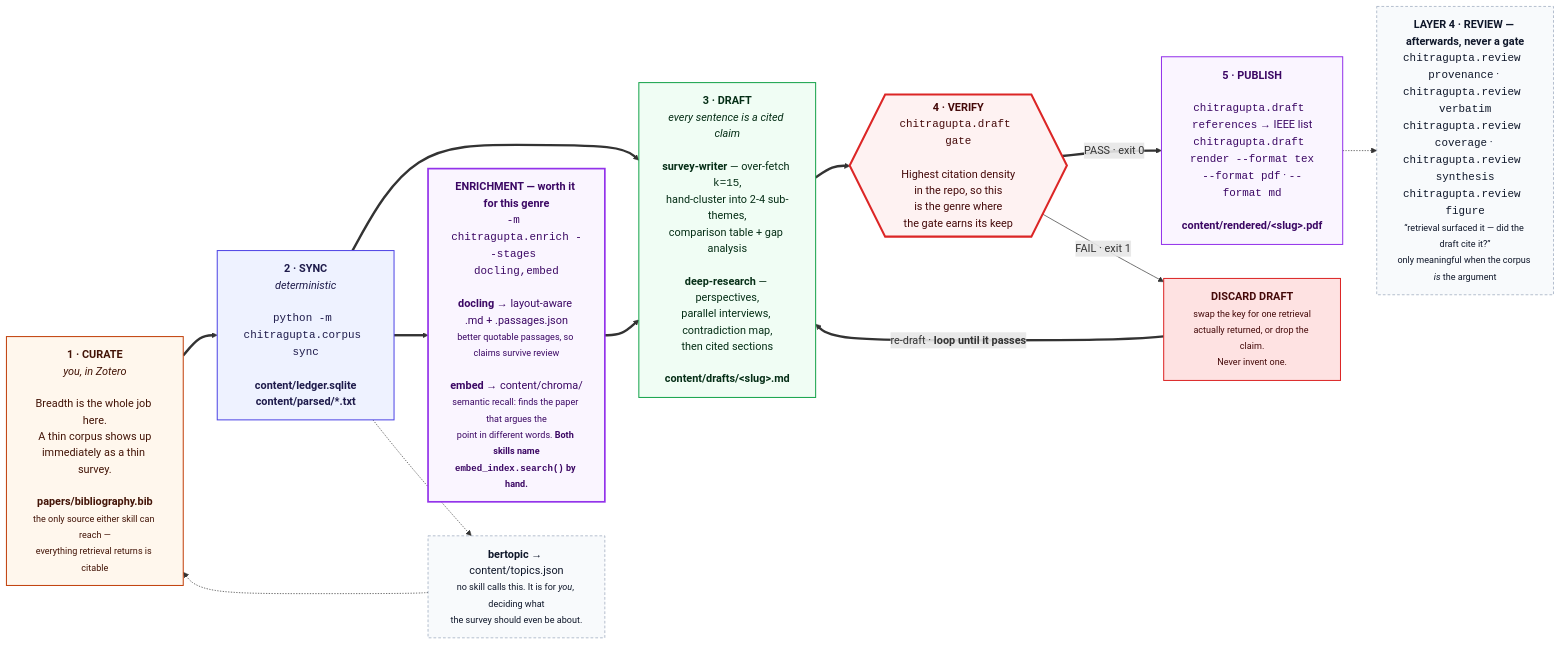
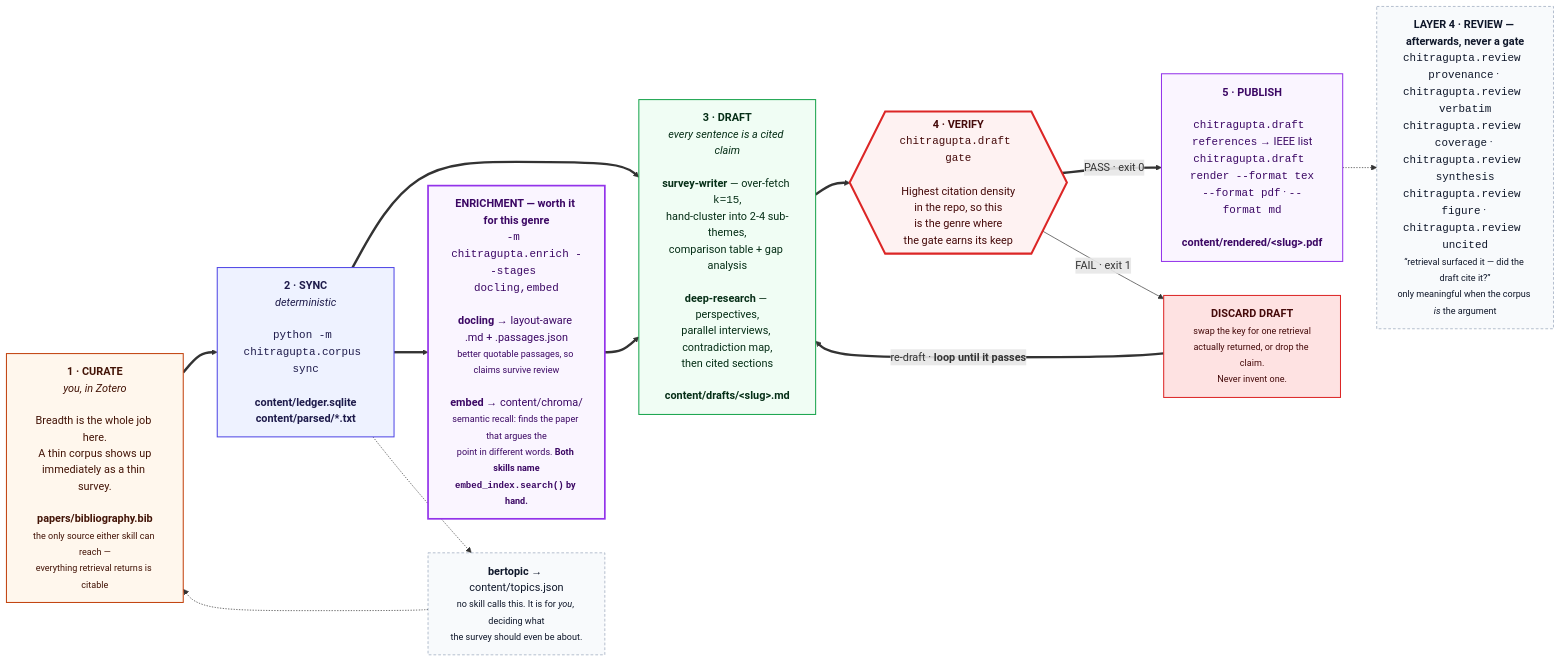
One commit to prasadtalasila/chitragupta changed the seventh of 11 diagrams in docs/DIAGRAMS.md. Above: the diagram before and after it, drawn with Mermaid. The commit also changed other lines of this file and 11 other files, not shown here.

````diff
--- a/docs/DIAGRAMS.md
+++ b/docs/DIAGRAMS.md
@@ -634,47 +636,47 @@
 ```mermaid
 flowchart LR
 
   P0["<b>1 · CURATE</b><br/><i>you, in Zotero</i><br/><br/>Breadth is the whole job here.<br/>A thin corpus shows up<br/>immediately as a thin survey.<br/><br/><b>papers/bibliography.bib</b><br/><small>the only source either skill can reach —<br/>everything retrieval returns is citable</small>"]
 
   P1["<b>2 · SYNC</b><br/><i>deterministic</i><br/><br/><code>python -m chitragupta.corpus sync</code><br/><br/><b>content/ledger.sqlite</b><br/><b>content/parsed/*.txt</b>"]
 
   HEAVY["<b>ENRICHMENT — worth it for this genre</b><br/><code>-m chitragupta.enrich --stages docling,embed</code><br/><br/><b>docling</b> → layout-aware .md + .passages.json<br/><small>better quotable passages, so claims survive review</small><br/><br/><b>embed</b> → content/chroma/<br/><small>semantic recall: finds the paper that argues the<br/>point in different words. <b>Both skills name<br/><code>embed_index.search()</code> by hand.</b></small>"]
 
   P2["<b>3 · DRAFT</b><br/><i>every sentence is a cited claim</i><br/><br/><b>survey-writer</b> — over-fetch <code>k=15</code>,<br/>hand-cluster into 2-4 sub-themes,<br/>comparison table + gap analysis<br/><br/><b>deep-research</b> — perspectives,<br/>parallel interviews, contradiction map,<br/>then cited sections<br/><br/><b>content/drafts/&lt;slug&gt;.md</b>"]
 
   P3{{"<b>4 · VERIFY</b><br/><code>chitragupta.draft gate</code><br/><br/>Highest citation density<br/>in the repo, so this<br/>is the genre where<br/>the gate earns its keep"}}
 
   FIX["<b>DISCARD DRAFT</b><br/><small>swap the key for one retrieval<br/>actually returned, or drop the claim.<br/>Never invent one.</small>"]
 
   P4["<b>5 · PUBLISH</b><br/><br/><code>chitragupta.draft references</code> → IEEE list<br/><code>chitragupta.draft render --format tex</code><br/><code>--format pdf</code> · <code>--format md</code><br/><br/><b>content/rendered/&lt;slug&gt;.pdf</b>"]
 
-  AID["<b>LAYER 4 · REVIEW — afterwards, never a gate</b><br/><code>chitragupta.review provenance</code> · <code>chitragupta.review verbatim</code><br/><code>chitragupta.review coverage</code> · <code>chitragupta.review synthesis</code><br/><code>chitragupta.review figure</code><br/><small>“retrieval surfaced it — did the draft cite it?”<br/>only meaningful when the corpus <i>is</i> the argument</small>"]
+  AID["<b>LAYER 4 · REVIEW — afterwards, never a gate</b><br/><code>chitragupta.review provenance</code> · <code>chitragupta.review verbatim</code><br/><code>chitragupta.review coverage</code> · <code>chitragupta.review synthesis</code><br/><code>chitragupta.review figure</code> · <code>chitragupta.review uncited</code><br/><small>“retrieval surfaced it — did the draft cite it?”<br/>only meaningful when the corpus <i>is</i> the argument</small>"]
 
   BERT["<b>bertopic</b> → content/topics.json<br/><small>no skill calls this. It is for <i>you</i>, deciding what<br/>the survey should even be about.</small>"]
 
   P0 ==> P1 ==> P2 ==> P3
   P1 ==> HEAVY ==> P2
   P3 == "PASS · exit 0" ==> P4
   P3 -- "FAIL · exit 1" --> FIX
   FIX == "re-draft · <b>loop until it passes</b>" ==> P2
   P4 -.-> AID
   P1 -.-> BERT -.-> P0
 
   classDef you fill:#fff7ed,stroke:#c2410c,stroke-width:1.5px,color:#431407
   classDef det fill:#eef2ff,stroke:#4f46e5,stroke-width:1.5px,color:#1e1b4b
   classDef gen fill:#f0fdf4,stroke:#16a34a,stroke-width:1.5px,color:#052e16
   classDef gate fill:#fef2f2,stroke:#dc2626,stroke-width:3px,color:#450a0a
   classDef out fill:#faf5ff,stroke:#9333ea,stroke-width:1.5px,color:#3b0764
   classDef bad fill:#fee2e2,stroke:#dc2626,stroke-width:1.5px,color:#450a0a
   classDef heavy fill:#faf5ff,stroke:#9333ea,stroke-width:2.5px,color:#3b0764
   classDef aid fill:#f8fafc,stroke:#94a3b8,stroke-dasharray:4 3,color:#0f172a
 
   class P0 you
   class P1 det
   class P2 gen
   class P3 gate
   class P4 out
   class FIX bad
   class HEAVY heavy
   class AID,BERT aid
 ```
````
